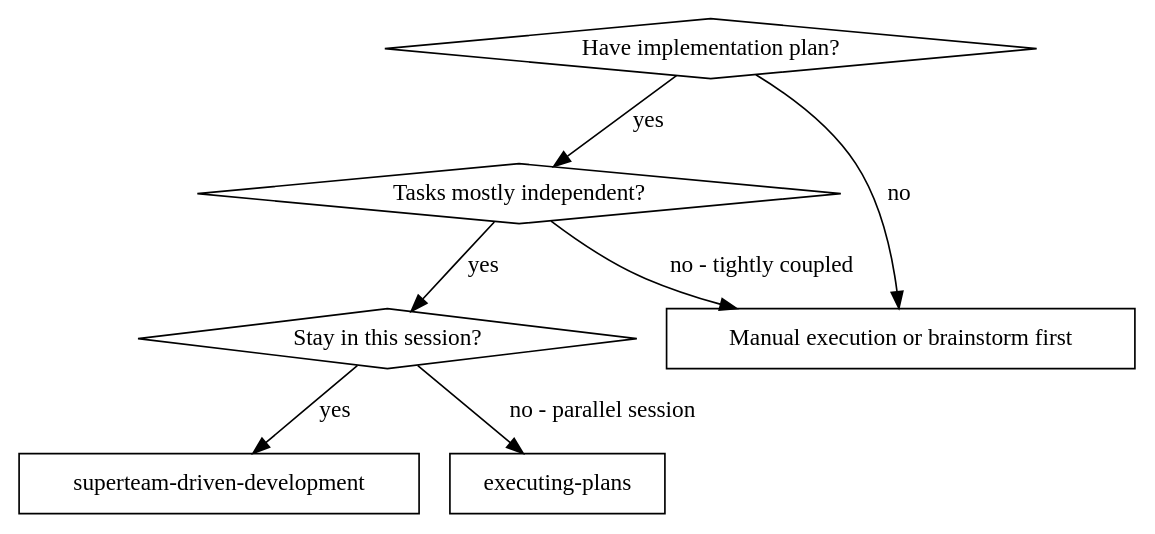
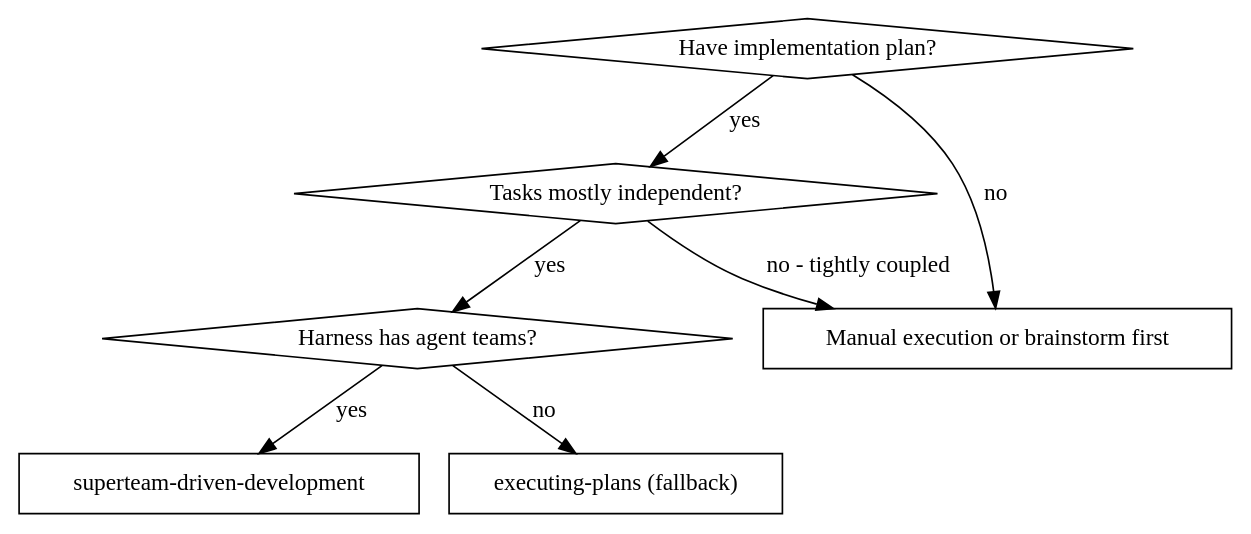
The first of 2 diagrams in skills/superteam-driven-development/SKILL.md (cameronchittick/superteam), drawn with Graphviz before and after one commit. The commit also changed other lines of this file and 2 other files, not shown here.

First line of the commit message:
SDD: one implementer seat; executing-plans is the fallback

````diff
--- a/skills/superteam-driven-development/SKILL.md
+++ b/skills/superteam-driven-development/SKILL.md
@@ -41,17 +41,17 @@
 ```dot
 digraph when_to_use {
     "Have implementation plan?" [shape=diamond];
     "Tasks mostly independent?" [shape=diamond];
-    "Stay in this session?" [shape=diamond];
+    "Harness has agent teams?" [shape=diamond];
     "superteam-driven-development" [shape=box];
-    "executing-plans" [shape=box];
+    "executing-plans (fallback)" [shape=box];
     "Manual execution or brainstorm first" [shape=box];
 
     "Have implementation plan?" -> "Tasks mostly independent?" [label="yes"];
     "Have implementation plan?" -> "Manual execution or brainstorm first" [label="no"];
-    "Tasks mostly independent?" -> "Stay in this session?" [label="yes"];
+    "Tasks mostly independent?" -> "Harness has agent teams?" [label="yes"];
     "Tasks mostly independent?" -> "Manual execution or brainstorm first" [label="no - tightly coupled"];
-    "Stay in this session?" -> "superteam-driven-development" [label="yes"];
-    "Stay in this session?" -> "executing-plans" [label="no - parallel session"];
+    "Harness has agent teams?" -> "superteam-driven-development" [label="yes"];
+    "Harness has agent teams?" -> "executing-plans (fallback)" [label="no"];
 }
 ```
````
